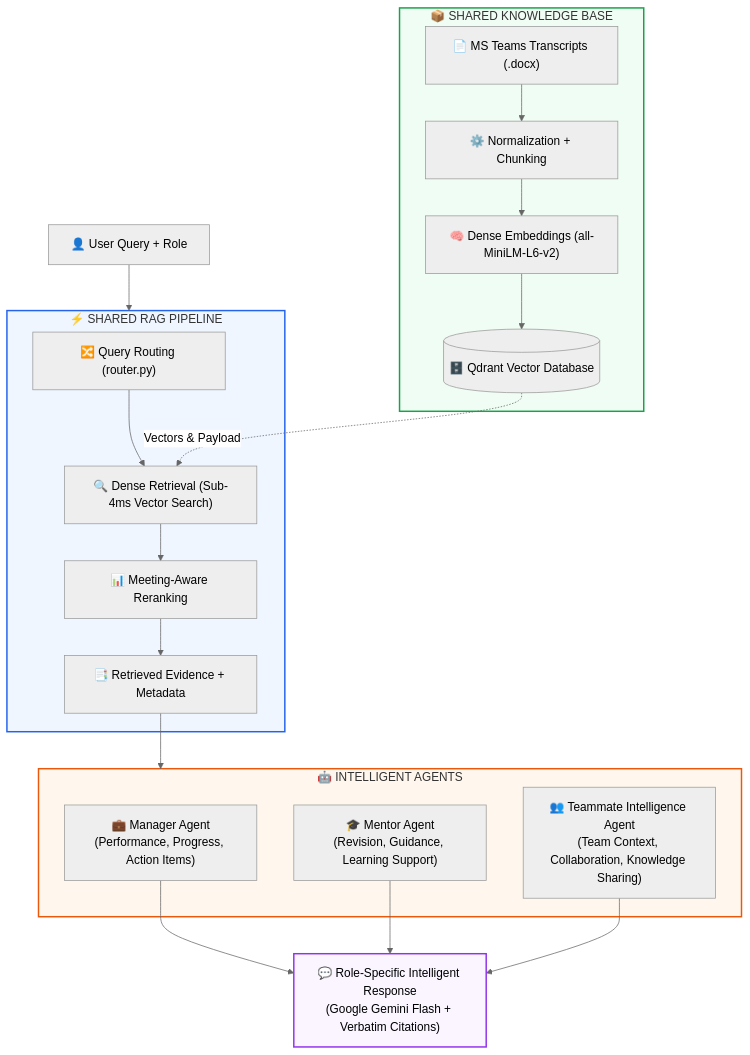
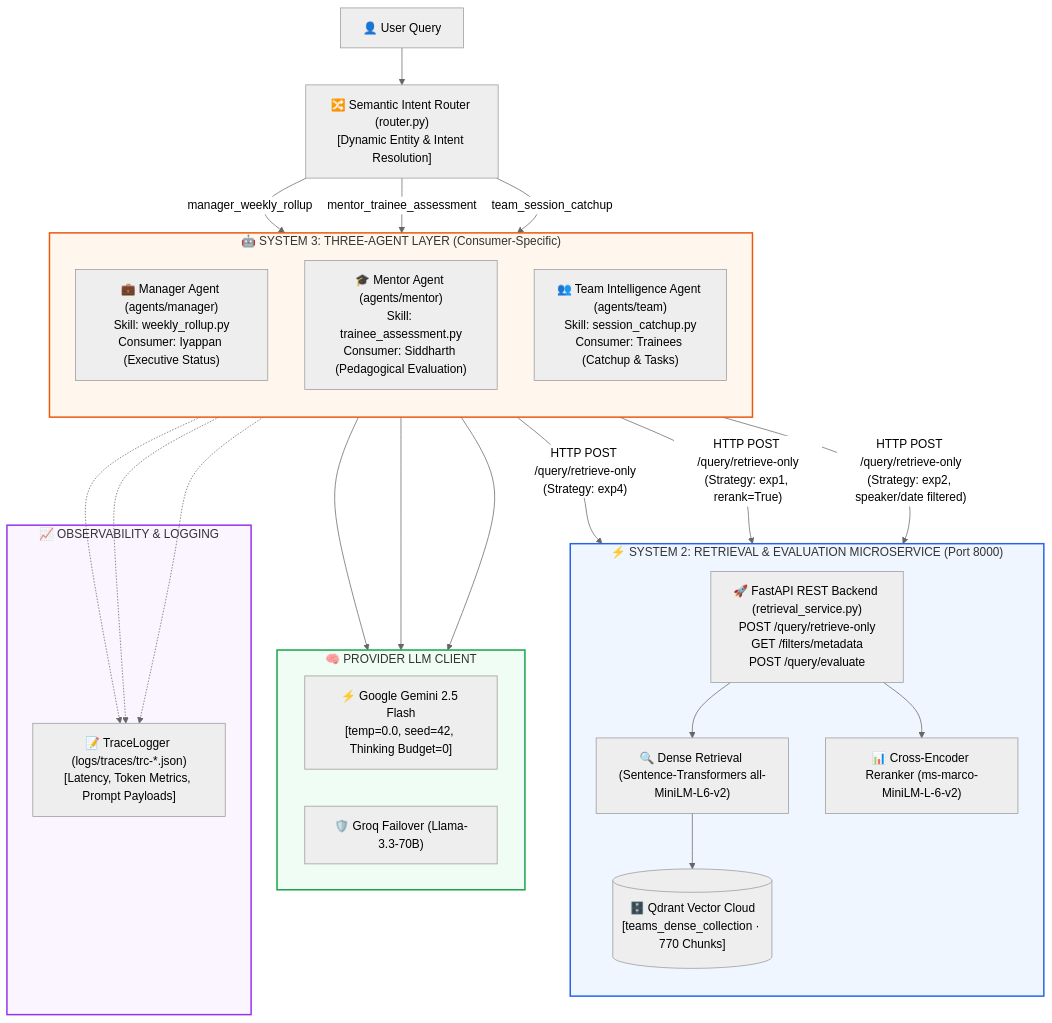
One commit to Himayaomnex/RAG_Project changed the diagram in README.md. Above: the diagram before and after it, drawn with Mermaid (neutral theme). The commit also changed other lines of this file, not shown here.

Commit message:
docs: update README.md with comprehensive microservice architecture, zero-hardcoding documentation, and execution guide

````diff
--- a/README.md
+++ b/README.md
@@ -9,40 +11,55 @@
 ```mermaid
 flowchart TD
-    User["👤 User Query + Role"] --> PipelineBox
+    UserQuery["👤 User Query"] --> Router["🔀 Semantic Intent Router (router.py)\n[Dynamic Entity & Intent Resolution]"]
 
-    subgraph SharedKB ["📦 SHARED KNOWLEDGE BASE"]
-        style SharedKB fill:#f0fdf4,stroke:#16a34a,stroke-width:2px
-        Transcripts["📄 MS Teams Transcripts (.docx)"] --> NormChunk["⚙️ Normalization + Chunking"]
-        NormChunk --> DenseEmbed["🧠 Dense Embeddings (all-MiniLM-L6-v2)"]
-        DenseEmbed --> QdrantDB[("🗄️ Qdrant Vector Database")]
+    subgraph System3 ["🤖 SYSTEM 3: THREE-AGENT LAYER (Consumer-Specific)"]
+        direction TB
+        style System3 fill:#fff7ed,stroke:#ea580c,stroke-width:2px
+        
+        ManagerAgent["💼 Manager Agent (agents/manager)\nSkill: weekly_rollup.py\nConsumer: Iyappan (Executive Status)"]
+        MentorAgent["🎓 Mentor Agent (agents/mentor)\nSkill: trainee_assessment.py\nConsumer: Siddharth (Pedagogical Evaluation)"]
+        TeamAgent["👥 Team Intelligence Agent (agents/team)\nSkill: session_catchup.py\nConsumer: Trainees (Catchup & Tasks)"]
     end
 
-    subgraph PipelineBox ["⚡ SHARED RAG PIPELINE"]
-        style PipelineBox fill:#eff6ff,stroke:#2563eb,stroke-width:2px
-        Routing["🔀 Query Routing (router.py)"]
-        Retrieval["🔍 Dense Retrieval (Sub-4ms Vector Search)"]
-        Reranking["📊 Meeting-Aware Reranking"]
-        Evidence["📑 Retrieved Evidence + Metadata"]
+    Router -->|"manager_weekly_rollup"| ManagerAgent
+    Router -->|"mentor_trainee_assessment"| MentorAgent
+    Router -->|"team_session_catchup"| TeamAgent
 
-        Routing --> Retrieval
-        Retrieval --> Reranking
-        Reranking --> Evidence
+    subgraph System2 ["⚡ SYSTEM 2: RETRIEVAL & EVALUATION MICROSERVICE (Port 8000)"]
+        direction TB
+        style System2 fill:#eff6ff,stroke:#2563eb,stroke-width:2px
+
+        FastAPIServer["🚀 FastAPI REST Backend (retrieval_service.py)\nPOST /query/retrieve-only\nGET /filters/metadata\nPOST /query/evaluate"]
+        
+        DenseRetrieval["🔍 Dense Retrieval (Sentence-Transformers all-MiniLM-L6-v2)"]
+        RerankerModule["📊 Cross-Encoder Reranker (ms-marco-MiniLM-L-6-v2)"]
+        QdrantCloud[("🗄️ Qdrant Vector Cloud\n[teams_dense_collection · 770 Chunks]")]
+        
+        FastAPIServer --> DenseRetrieval
+        DenseRetrieval --> QdrantCloud
+        FastAPIServer --> RerankerModule
     end
 
-    QdrantDB -.->|"Vectors & Payload"| Retrieval
+    ManagerAgent -->|"HTTP POST /query/retrieve-only\n(Strategy: exp4)"| FastAPIServer
+    MentorAgent -->|"HTTP POST /query/retrieve-only\n(Strategy: exp1, rerank=True)"| FastAPIServer
+    TeamAgent -->|"HTTP POST /query/retrieve-only\n(Strategy: exp2, speaker/date filtered)"| FastAPIServer
 
-    Evidence --> AgentBox
-
-    subgraph AgentBox ["🤖 INTELLIGENT AGENTS"]
-        style AgentBox fill:#fff7ed,stroke:#ea580c,stroke-width:2px
-        MgrAgent["💼 Manager Agent\n(Performance, Progress, Action Items)"]
-        MtrAgent["🎓 Mentor Agent\n(Revision, Guidance, Learning Support)"]
-        TeamAgent["👥 Teammate Intelligence Agent\n(Team Context, Collaboration, Knowledge Sharing)"]
+    subgraph LLMClientLayer ["🧠 PROVIDER LLM CLIENT"]
+        style LLMClientLayer fill:#f0fdf4,stroke:#16a34a,stroke-width:2px
+        GeminiEngine["⚡ Google Gemini 2.5 Flash\n[temp=0.0, seed=42, Thinking Budget=0]"]
+        GroqFailover["🛡️ Groq Failover (Llama-3.3-70B)"]
     end
 
-    MgrAgent --> FinalResp["💬 Role-Specific Intelligent Response\n(Google Gemini Flash + Verbatim Citations)"]
-    MtrAgent --> FinalResp
-    TeamAgent --> FinalResp
+    ManagerAgent --> LLMClientLayer
+    MentorAgent --> LLMClientLayer
+    TeamAgent --> LLMClientLayer
 
-    style FinalResp fill:#faf5ff,stroke:#9333ea,stroke-width:2px
+    subgraph Observability ["📈 OBSERVABILITY & LOGGING"]
+        style Observability fill:#faf5ff,stroke:#9333ea,stroke-width:2px
+        TraceLogger["📝 TraceLogger (logs/traces/trc-*.json)\n[Latency, Token Metrics, Prompt Payloads]"]
+    end
+
+    ManagerAgent -.-> TraceLogger
+    MentorAgent -.-> TraceLogger
+    TeamAgent -.-> TraceLogger
 ```
````
